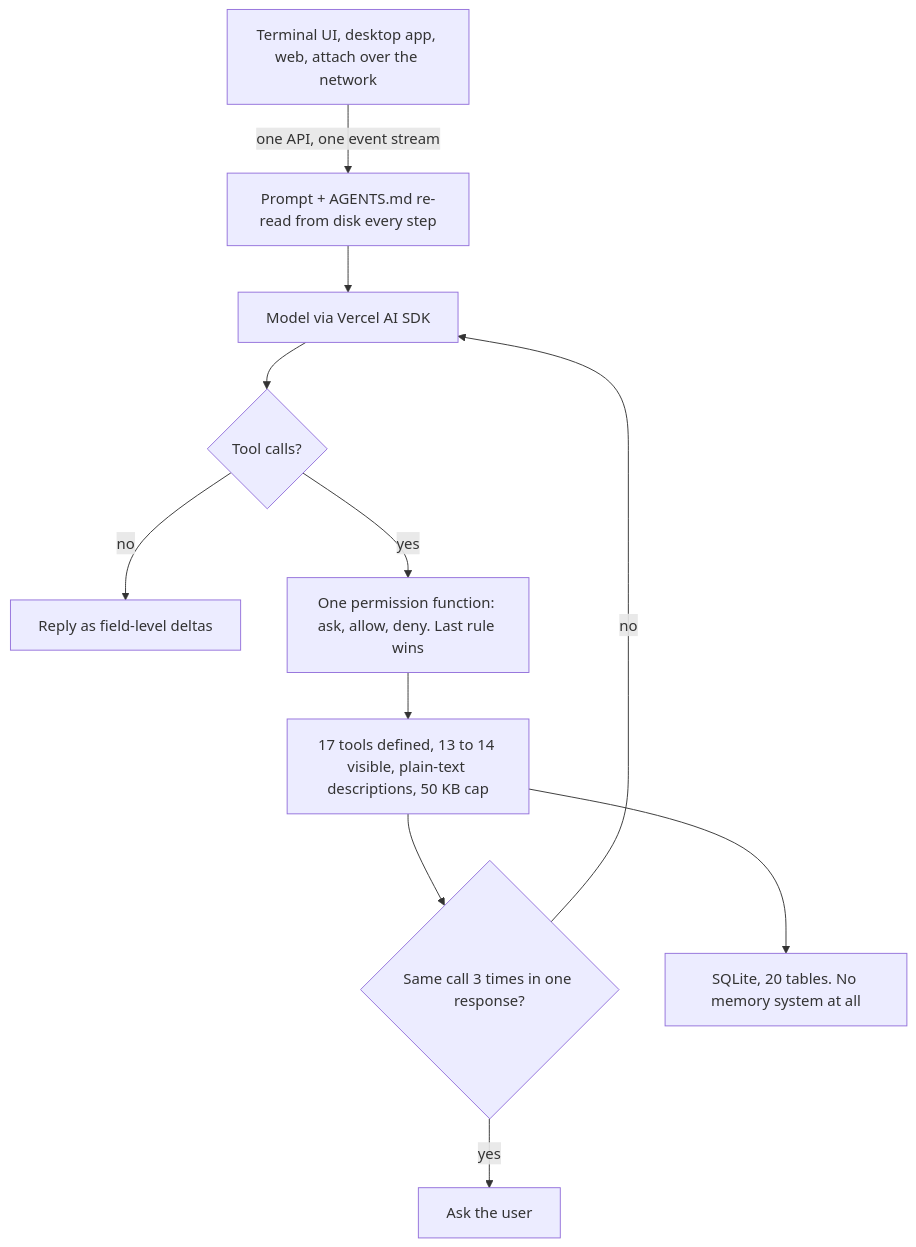
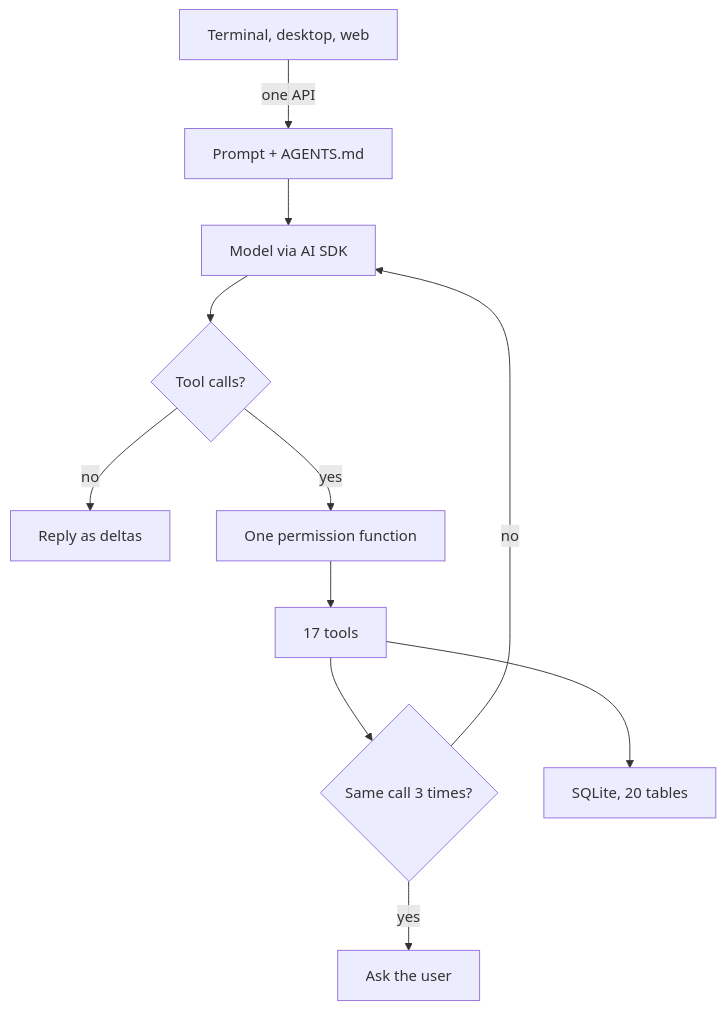
The fourth of 7 diagrams in docs/HARNESS_V2.md (JaredTate/nerdgenie), drawn with Mermaid before and after one commit. The commit also changed other lines of this file and 4 other files, not shown here.

Commit message:
Rewrite both documents in complete sentences; redraw all ten diagrams with short labels so nothing is clipped

````diff
--- a/docs/HARNESS_V2.md
+++ b/docs/HARNESS_V2.md
@@ -128,13 +132,13 @@
 ```mermaid
 flowchart TD
-  U["Terminal UI, desktop app, web, attach over the network"] -->|"one API, one event stream"| C["Prompt + AGENTS.md re-read from disk every step"]
-  C --> M["Model via Vercel AI SDK"]
+  U["Terminal, desktop, web"] -->|"one API"| C["Prompt + AGENTS.md"]
+  C --> M["Model via AI SDK"]
   M --> K{"Tool calls?"}
-  K -->|"no"| F["Reply as field-level deltas"]
-  K -->|"yes"| G["One permission function: ask, allow, deny. Last rule wins"]
-  G --> T["17 tools defined, 13 to 14 visible, plain-text descriptions, 50 KB cap"]
-  T --> D{"Same call 3 times in one response?"}
+  K -->|"no"| F["Reply as deltas"]
+  K -->|"yes"| G["One permission function"]
+  G --> T["17 tools"]
+  T --> D{"Same call 3 times?"}
   D -->|"yes"| A["Ask the user"]
   D -->|"no"| M
-  T --> S["SQLite, 20 tables. No memory system at all"]
+  T --> S["SQLite, 20 tables"]
 ```
````
